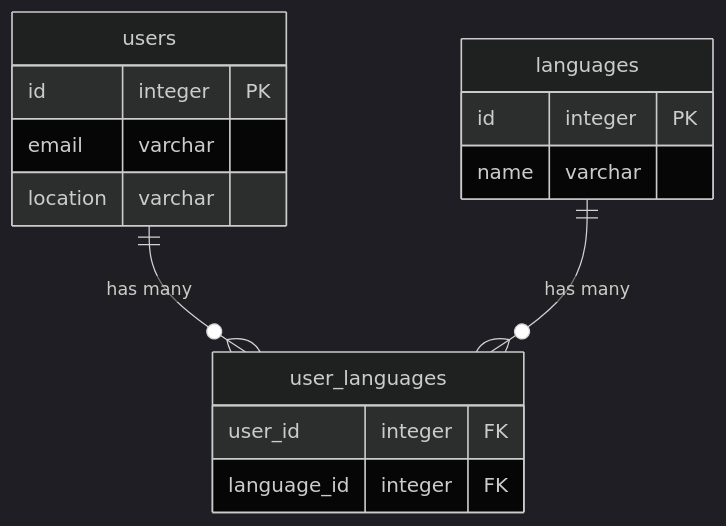
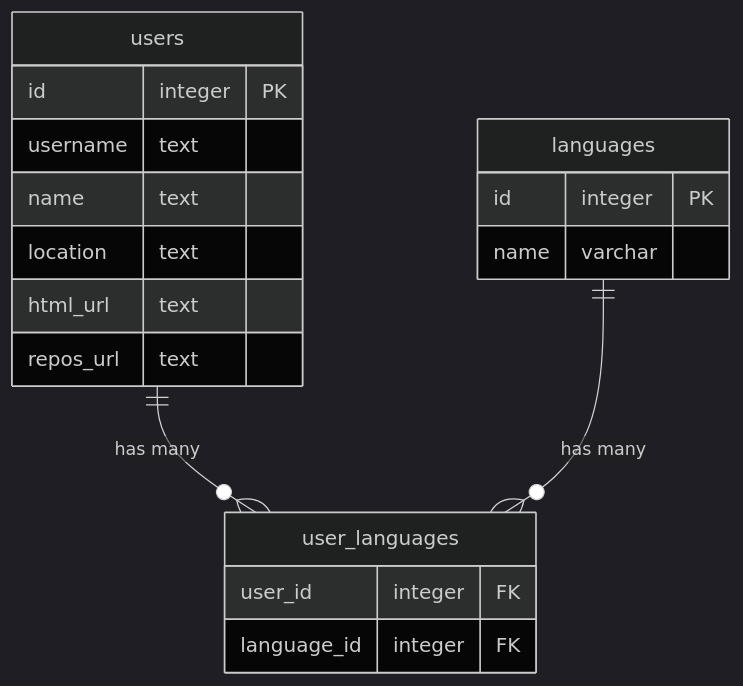
Before and after one commit to Lmalho/lovelystay-cli: the diagram in README.md, drawn with Mermaid (dark theme).

Commit message:
update data table readme

````diff
--- a/README.md
+++ b/README.md
@@ -67,21 +67,24 @@
 ```mermaid
 erDiagram
     users {
         id integer PK
-        email varchar
-        location varchar
+        username text
+        name text
+        location text
+        html_url text
+        repos_url text
     }
 
     languages {
         id integer PK
         name varchar
     }
 
     user_languages {
         user_id integer FK
         language_id integer FK
     }
 
     users ||--o{ user_languages : "has many"
     languages ||--o{ user_languages : "has many"
 ```
````
